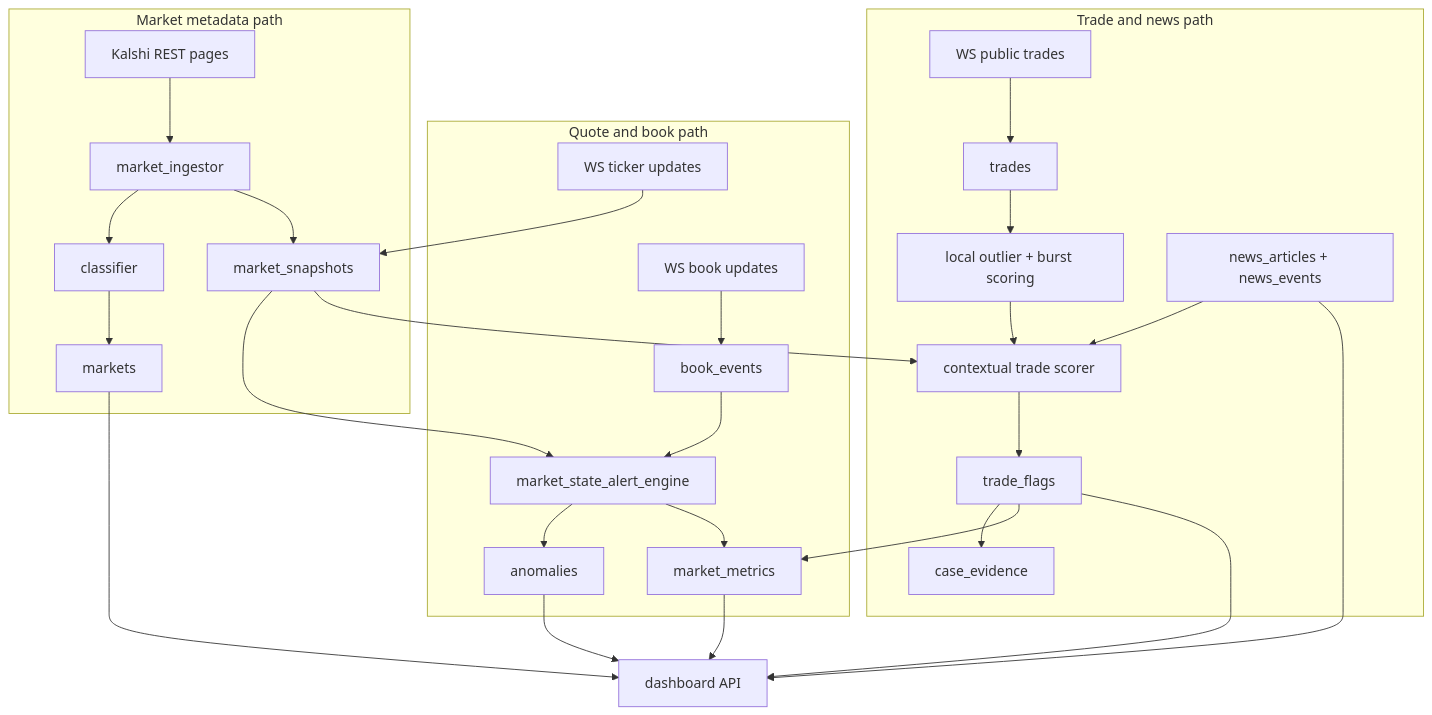
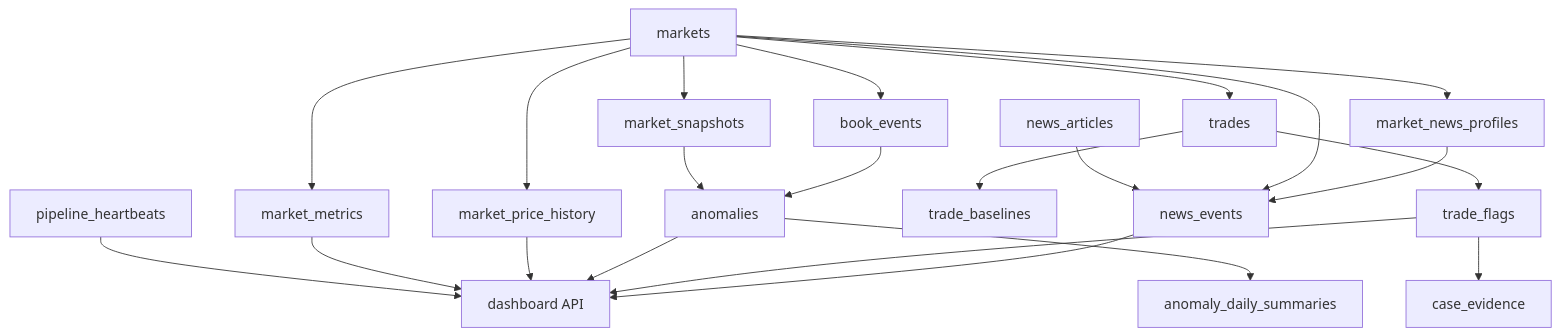
Before and after one commit to hong-david/predictionmarkets: the second of 3 diagrams in README.md, drawn with Mermaid. The commit also changed other lines of this file and 20 other files, not shown here.

Commit message:
Add evidence-backed retention and chart rollups

````diff
--- a/README.md
+++ b/README.md
@@ -113,35 +266,24 @@
 ```mermaid
 flowchart TD
-  subgraph MarketPath["Market metadata path"]
-    REST["Kalshi REST pages"] --> INGEST["market_ingestor"]
-    INGEST --> CLASSIFY["classifier"]
-    CLASSIFY --> MKT["markets"]
-    INGEST --> SNAP["market_snapshots"]
-  end
-
-  subgraph ActivityPath["Quote and book path"]
-    WS1["WS ticker updates"] --> SNAP
-    WS2["WS book updates"] --> BOOK["book_events"]
-    SNAP --> ALERT["market_state_alert_engine"]
-    BOOK --> ALERT
-    ALERT --> ANOM["anomalies"]
-    ALERT --> MET["market_metrics"]
-  end
-
-  subgraph TradePath["Trade and news path"]
-    WST["WS public trades"] --> TR["trades"]
-    TR --> LOCAL["local outlier + burst scoring"]
-    NEWS["news_articles + news_events"] --> CONTEXT["contextual trade scorer"]
-    LOCAL --> CONTEXT
-    SNAP --> CONTEXT
-    CONTEXT --> TF["trade_flags"]
-    TF --> CASE["case_evidence"]
-    TF --> MET
-  end
-
-  MKT --> API["dashboard API"]
-  MET --> API
-  ANOM --> API
+  M["markets"] --> MM["market_metrics"]
+  M --> MPH["market_price_history"]
+  M --> MS["market_snapshots"]
+  M --> T["trades"]
+  M --> BE["book_events"]
+  M --> MNP["market_news_profiles"]
+  MS --> A["anomalies"]
+  BE --> A
+  T --> TF["trade_flags"]
+  TF --> CE["case_evidence"]
+  T --> TB["trade_baselines"]
+  NA["news_articles"] --> NE["news_events"]
+  M --> NE
+  MNP --> NE
+  A --> ADS["anomaly_daily_summaries"]
+  PH["pipeline_heartbeats"] --> API["dashboard API"]
+  MM --> API
+  MPH --> API
+  A --> API
   TF --> API
-  NEWS --> API
+  NE --> API
 ```
````
